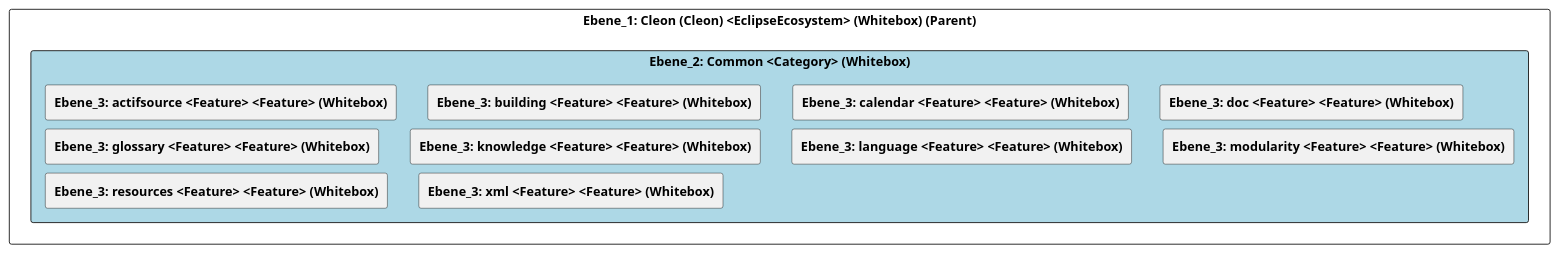
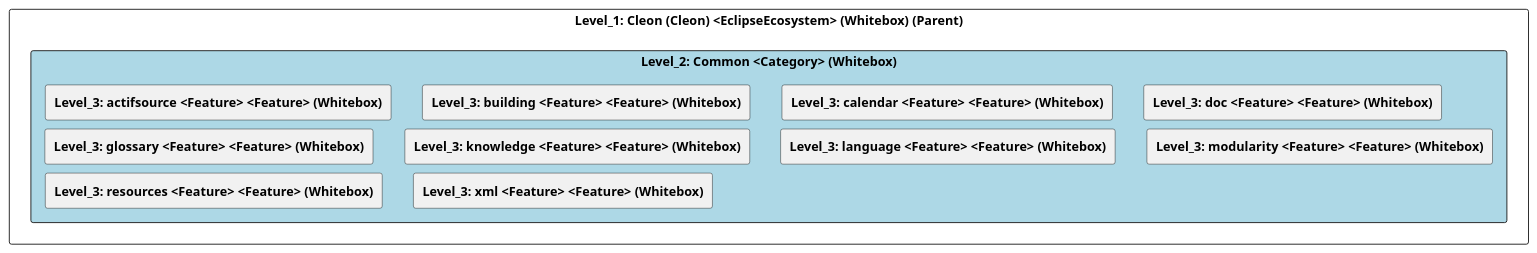
The diagram in doc/cleonproject_deliverables_architecture_model_architecture/adoc/de/05_bausteinsicht/cleon/common/ebene_2_common.adoc (marcozwyssig/cleon), drawn with PlantUML before and after one commit. The commit also changed other lines of this file and 83 other files, not shown here.

```diff
--- a/doc/cleonproject_deliverables_architecture_model_architecture/adoc/de/05_bausteinsicht/cleon/common/ebene_2_common.adoc
+++ b/doc/cleonproject_deliverables_architecture_model_architecture/adoc/de/05_bausteinsicht/cleon/common/ebene_2_common.adoc
@@ -24,33 +24,33 @@
-[plantuml, Ebene_2: Common <Category> (Whitebox)BlockOverview, format="svg"]
+[plantuml, Level_2: Common <Category> (Whitebox)BlockOverview, format="svg"]
 ----
-@startuml Ebene_2: Common <Category> (Whitebox)BuildingBlockOverview
+@startuml Level_2: Common <Category> (Whitebox)BuildingBlockOverview
 
 skinparam ranksep 10
 skinparam componentStyle rectangle
 skinparam shadowing false
 skinparam arrowColor lightblue
 skinparam arrowThickness 1.2
 skinparam rectangle {
   BackgroundColor White
   BorderColor #333
   RoundCorner 10
 }
 top to bottom direction
 
-component "Ebene_1: Cleon (Cleon) <EclipseEcosystem> (Whitebox) (Parent)" {
-    component "Ebene_2: Common <Category> (Whitebox)" #lightblue {
-        [**Ebene_3: actifsource <Feature> <Feature> (Whitebox)**] as 49057F3B_D579_11EE_903E_9F564E4DE07E
-        [**Ebene_3: building <Feature> <Feature> (Whitebox)**] as 49057F32_D579_11EE_903E_9F564E4DE07E
-        [**Ebene_3: calendar <Feature> <Feature> (Whitebox)**] as 49057F3C_D579_11EE_903E_9F564E4DE07E
-        [**Ebene_3: doc <Feature> <Feature> (Whitebox)**] as 4905581D_D579_11EE_903E_9F564E4DE07E
-        [**Ebene_3: glossary <Feature> <Feature> (Whitebox)**] as 4905581A_D579_11EE_903E_9F564E4DE07E
-        [**Ebene_3: knowledge <Feature> <Feature> (Whitebox)**] as 4905581E_D579_11EE_903E_9F564E4DE07E
-        [**Ebene_3: language <Feature> <Feature> (Whitebox)**] as 49055819_D579_11EE_903E_9F564E4DE07E
-        [**Ebene_3: modularity <Feature> <Feature> (Whitebox)**] as 4905A64F_D579_11EE_903E_9F564E4DE07E
-        [**Ebene_3: resources <Feature> <Feature> (Whitebox)**] as 49055820_D579_11EE_903E_9F564E4DE07E
-        [**Ebene_3: xml <Feature> <Feature> (Whitebox)**] as 4905581F_D579_11EE_903E_9F564E4DE07E
+component "Level_1: Cleon (Cleon) <EclipseEcosystem> (Whitebox) (Parent)" {
+    component "Level_2: Common <Category> (Whitebox)" #lightblue {
+        [**Level_3: actifsource <Feature> <Feature> (Whitebox)**] as 49057F3B_D579_11EE_903E_9F564E4DE07E
+        [**Level_3: building <Feature> <Feature> (Whitebox)**] as 49057F32_D579_11EE_903E_9F564E4DE07E
+        [**Level_3: calendar <Feature> <Feature> (Whitebox)**] as 49057F3C_D579_11EE_903E_9F564E4DE07E
+        [**Level_3: doc <Feature> <Feature> (Whitebox)**] as 4905581D_D579_11EE_903E_9F564E4DE07E
+        [**Level_3: glossary <Feature> <Feature> (Whitebox)**] as 4905581A_D579_11EE_903E_9F564E4DE07E
+        [**Level_3: knowledge <Feature> <Feature> (Whitebox)**] as 4905581E_D579_11EE_903E_9F564E4DE07E
+        [**Level_3: language <Feature> <Feature> (Whitebox)**] as 49055819_D579_11EE_903E_9F564E4DE07E
+        [**Level_3: modularity <Feature> <Feature> (Whitebox)**] as 4905A64F_D579_11EE_903E_9F564E4DE07E
+        [**Level_3: resources <Feature> <Feature> (Whitebox)**] as 49055820_D579_11EE_903E_9F564E4DE07E
+        [**Level_3: xml <Feature> <Feature> (Whitebox)**] as 4905581F_D579_11EE_903E_9F564E4DE07E
     }
 }
 
 @enduml
 ----
```
